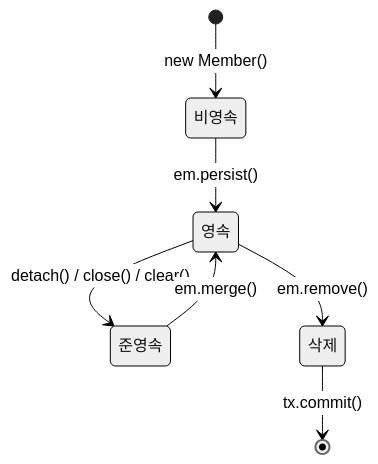
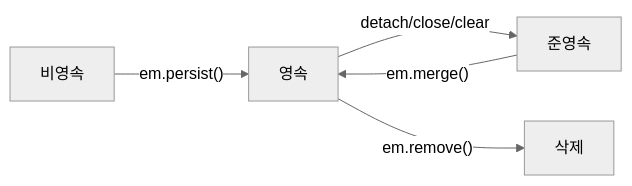
Before and after one commit to yjkim2015/yjkim2015.github.io: the seventh of 10 diagrams in _posts/jpa/2026-05-01-jpa-fundamentals.md, drawn with Mermaid (neutral theme). The commit also changed 50 other files, not shown here.

First line of the commit message:
stateDiagram 11개 graph LR 변환 + 테이블 빈 셀 17개 수정

````diff
--- a/_posts/jpa/2026-05-01-jpa-fundamentals.md
+++ b/_posts/jpa/2026-05-01-jpa-fundamentals.md
@@ -259,9 +259,11 @@
 ```mermaid
-stateDiagram-v2
-    [*] --> 비영속 : new Member()
-    비영속 --> 영속 : em.persist()
-    영속 --> 준영속 : detach() / close() / clear()
-    준영속 --> 영속 : em.merge()
-    영속 --> 삭제 : em.remove()
-    삭제 --> [*] : tx.commit()
+graph LR
+    비영속["비영속"]
+    영속["영속"]
+    준영속["준영속"]
+    삭제["삭제"]
+    비영속 -->|"em.persist()"| 영속
+    영속 -->|"detach/close/clear"| 준영속
+    준영속 -->|"em.merge()"| 영속
+    영속 -->|"em.remove()"| 삭제
 ```
````
